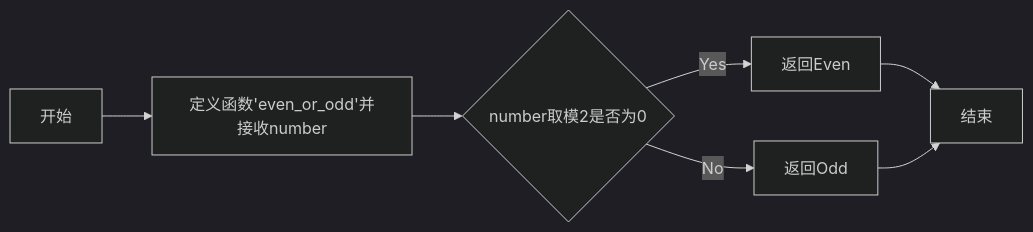
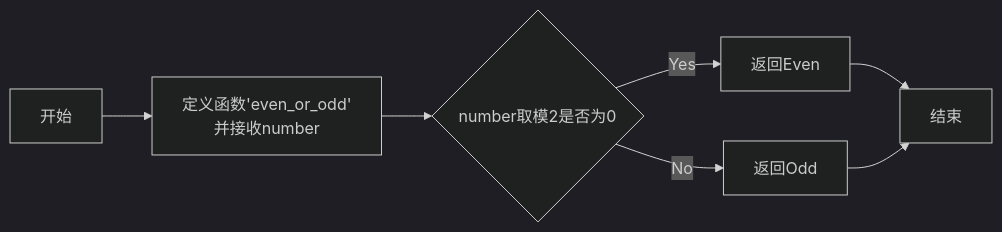
The third of 3 diagrams in experiment2.md (RonaWhite/python), drawn with Mermaid (dark theme) before and after one commit.

````diff
--- a/experiment2.md
+++ b/experiment2.md
@@ -519,9 +519,10 @@
 ```mermaid
 flowchart LR
-    A[开始] --> B[定义函数'even_or_odd'并接收number]
+    A[开始] --> B[定义函数'even_or_odd'
+并接收number]
     B --> C{number取模2是否为0}
     C --> |Yes| D[返回Even]
     D --> E[结束]
     C --> |No| F[返回Odd]
     F --> E
 ```
````
